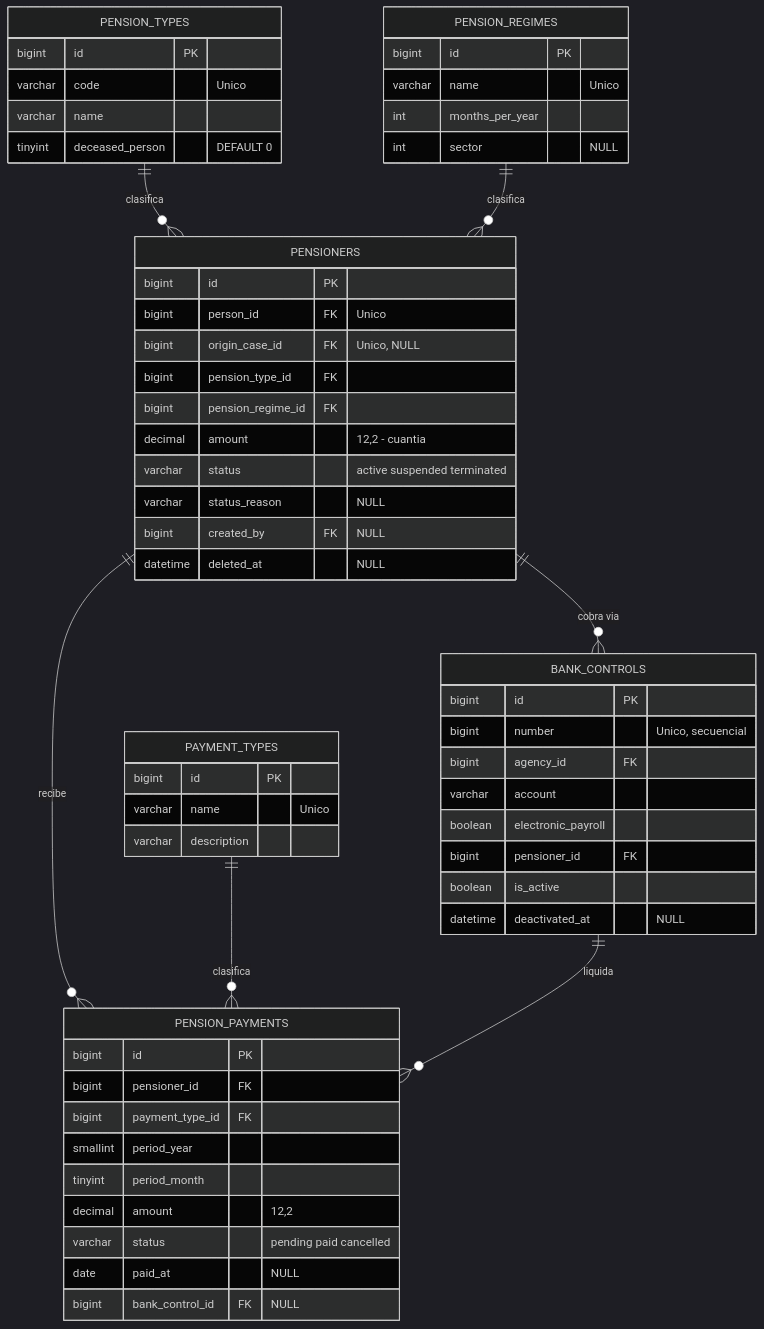
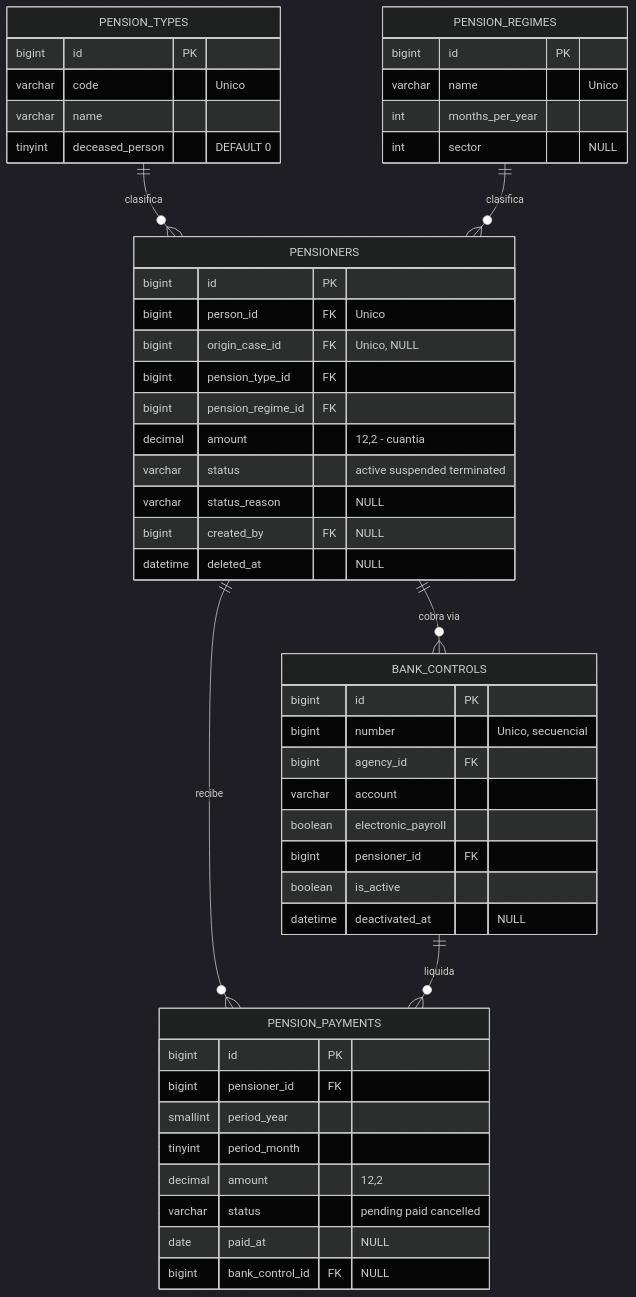
Before and after one commit to keniercb/inass_siss: the sixth of 7 diagrams in download/Modelo de datos.md, drawn with Mermaid (dark theme). The commit also changed other lines of this file and 4 other files, not shown here.

Commit message:
docs(SGP-36): payment form on agency types, promovente residence/collection data and concept percentage in the four documents (implementation pending validation)

````diff
--- a/download/Modelo de datos.md
+++ b/download/Modelo de datos.md
@@ -373,59 +402,52 @@
 ```mermaid
 erDiagram
     PENSION_TYPES {
         bigint id PK
         varchar code "Unico"
         varchar name
         tinyint deceased_person "DEFAULT 0"
     }
     PENSION_REGIMES {
         bigint id PK
         varchar name "Unico"
         int months_per_year
         int sector "NULL"
     }
     PENSIONERS {
         bigint id PK
         bigint person_id FK "Unico"
         bigint origin_case_id FK "Unico, NULL"
         bigint pension_type_id FK
         bigint pension_regime_id FK
         decimal amount "12,2 - cuantia"
         varchar status "active suspended terminated"
         varchar status_reason "NULL"
         bigint created_by FK "NULL"
         datetime deleted_at "NULL"
     }
     BANK_CONTROLS {
         bigint id PK
         bigint number "Unico, secuencial"
         bigint agency_id FK
         varchar account
         boolean electronic_payroll
         bigint pensioner_id FK
         boolean is_active
         datetime deactivated_at "NULL"
     }
-    PAYMENT_TYPES {
-        bigint id PK
-        varchar name "Unico"
-        varchar description
-    }
     PENSION_PAYMENTS {
         bigint id PK
         bigint pensioner_id FK
-        bigint payment_type_id FK
         smallint period_year
         tinyint period_month
         decimal amount "12,2"
         varchar status "pending paid cancelled"
         date paid_at "NULL"
         bigint bank_control_id FK "NULL"
     }
     PENSION_TYPES ||--o{ PENSIONERS : "clasifica"
     PENSION_REGIMES ||--o{ PENSIONERS : "clasifica"
     PENSIONERS ||--o{ BANK_CONTROLS : "cobra via"
     PENSIONERS ||--o{ PENSION_PAYMENTS : "recibe"
-    PAYMENT_TYPES ||--o{ PENSION_PAYMENTS : "clasifica"
     BANK_CONTROLS ||--o{ PENSION_PAYMENTS : "liquida"
 ```
````
